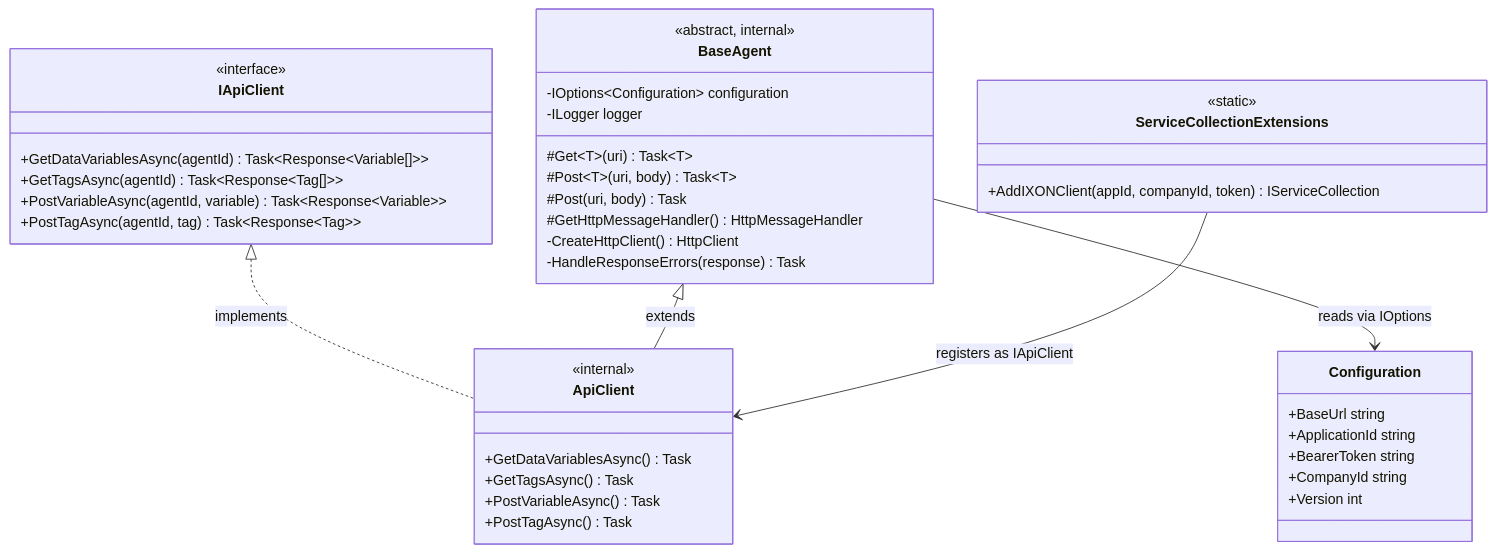
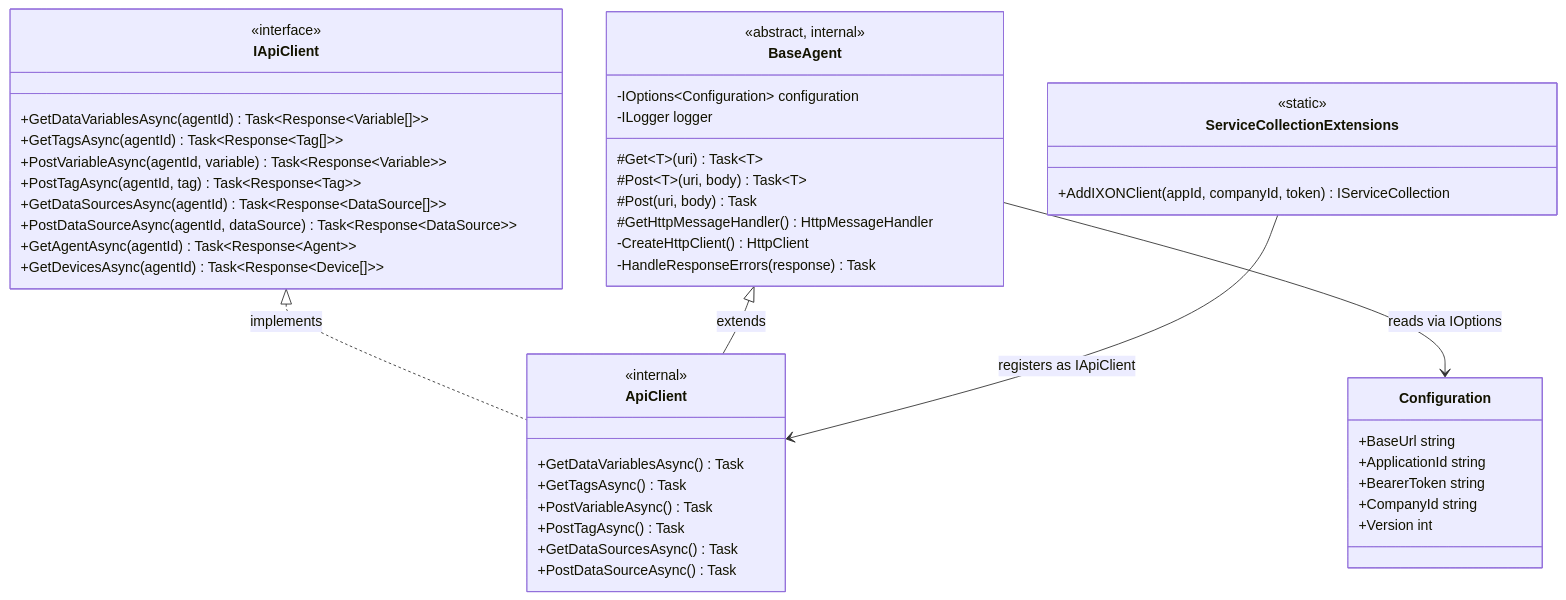
One commit to Rebel-it/rebel-ot-discover-edgeapp changed the third of 4 diagrams in docs/05_building_block_view.adoc. Above: the diagram before and after it, drawn with Mermaid. The commit also changed other lines of this file and 23 other files, not shown here.

Commit message:
Feature/#15 opcua data source (#28)

```diff
--- a/docs/05_building_block_view.adoc
+++ b/docs/05_building_block_view.adoc
@@ -118,49 +120,55 @@
 [mermaid]
 ....
 classDiagram
     class IApiClient {
         <<interface>>
         +GetDataVariablesAsync(agentId) Task~Response~Variable[]~~
         +GetTagsAsync(agentId) Task~Response~Tag[]~~
         +PostVariableAsync(agentId, variable) Task~Response~Variable~~
         +PostTagAsync(agentId, tag) Task~Response~Tag~~
+        +GetDataSourcesAsync(agentId) Task~Response~DataSource[]~~
+        +PostDataSourceAsync(agentId, dataSource) Task~Response~DataSource~~
+        +GetAgentAsync(agentId) Task~Response~Agent~~
+        +GetDevicesAsync(agentId) Task~Response~Device[]~~
     }
 
     class BaseAgent {
         <<abstract, internal>>
         -IOptions~Configuration~ configuration
         -ILogger logger
         #Get~T~(uri) Task~T~
         #Post~T~(uri, body) Task~T~
         #Post(uri, body) Task
         #GetHttpMessageHandler() HttpMessageHandler
         -CreateHttpClient() HttpClient
         -HandleResponseErrors(response) Task
     }
 
     class ApiClient {
         <<internal>>
         +GetDataVariablesAsync() Task
         +GetTagsAsync() Task
         +PostVariableAsync() Task
         +PostTagAsync() Task
+        +GetDataSourcesAsync() Task
+        +PostDataSourceAsync() Task
     }
 
     class Configuration {
         +BaseUrl string
         +ApplicationId string
         +BearerToken string
         +CompanyId string
         +Version int
     }
 
     class ServiceCollectionExtensions {
         <<static>>
         +AddIXONClient(appId, companyId, token) IServiceCollection
     }
 
     IApiClient <|.. ApiClient : implements
     BaseAgent <|-- ApiClient : extends
     BaseAgent --> Configuration : reads via IOptions
     ServiceCollectionExtensions --> ApiClient : registers as IApiClient
 ....
```
